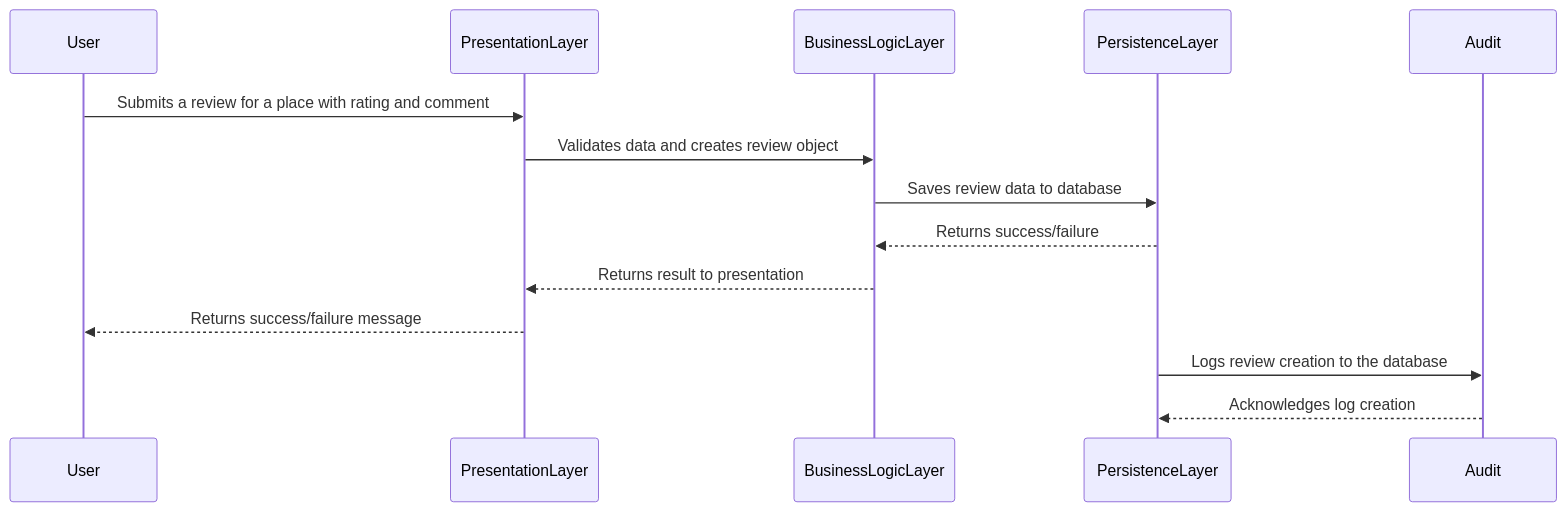
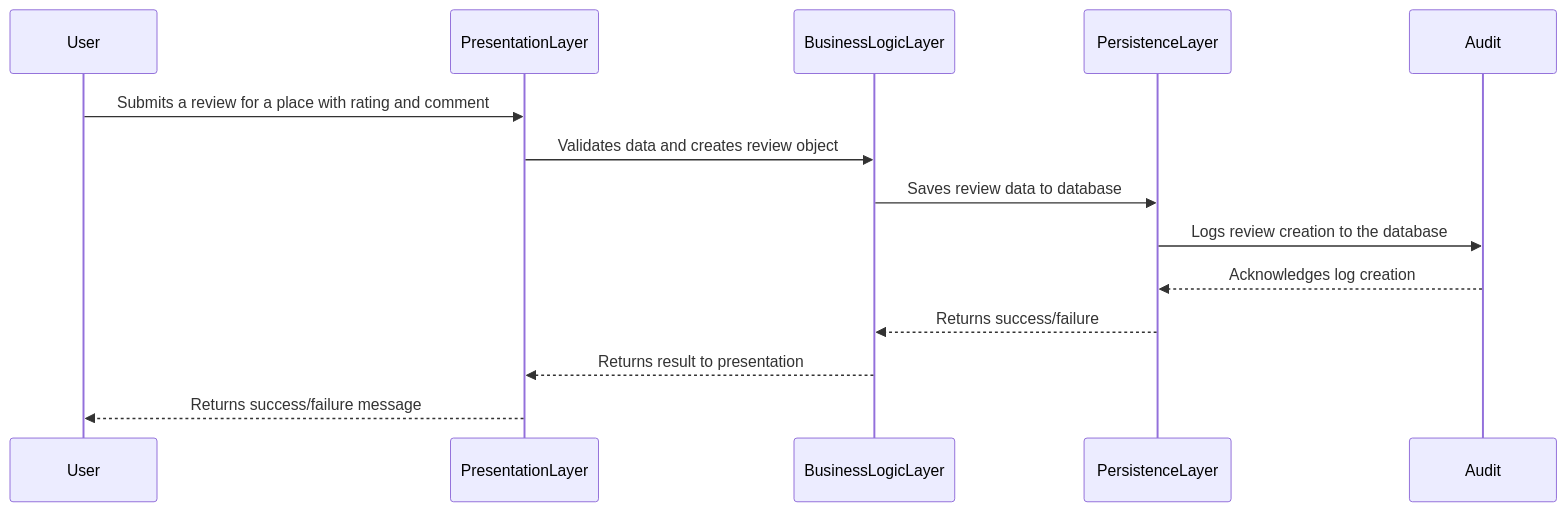
One commit to Maniok19/holbertonschool-hbnb changed the diagram in SequenceDiagramReviewSubmission.mmd. Above: the diagram before and after it, drawn with Mermaid.

Commit message:
Refactor sequence diagram for review submission to streamline audit logging process

```diff
--- a/SequenceDiagramReviewSubmission.mmd
+++ b/SequenceDiagramReviewSubmission.mmd
@@ -1,15 +1,16 @@
 sequenceDiagram
   participant User
   participant PresentationLayer
   participant BusinessLogicLayer
   participant PersistenceLayer
   participant Audit
 
   User->>PresentationLayer: Submits a review for a place with rating and comment
   PresentationLayer->>BusinessLogicLayer: Validates data and creates review object
   BusinessLogicLayer->>PersistenceLayer: Saves review data to database
+
+  PersistenceLayer->>Audit: Logs review creation to the database
+  Audit-->>PersistenceLayer: Acknowledges log creation
   PersistenceLayer-->>BusinessLogicLayer: Returns success/failure
   BusinessLogicLayer-->>PresentationLayer: Returns result to presentation
   PresentationLayer-->>User: Returns success/failure message
-  PersistenceLayer->>Audit: Logs review creation to the database
-  Audit-->>PersistenceLayer: Acknowledges log creation
```
